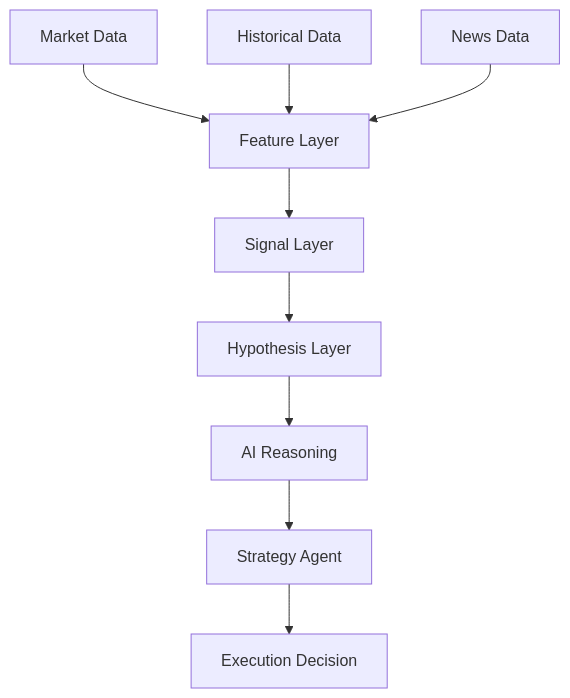
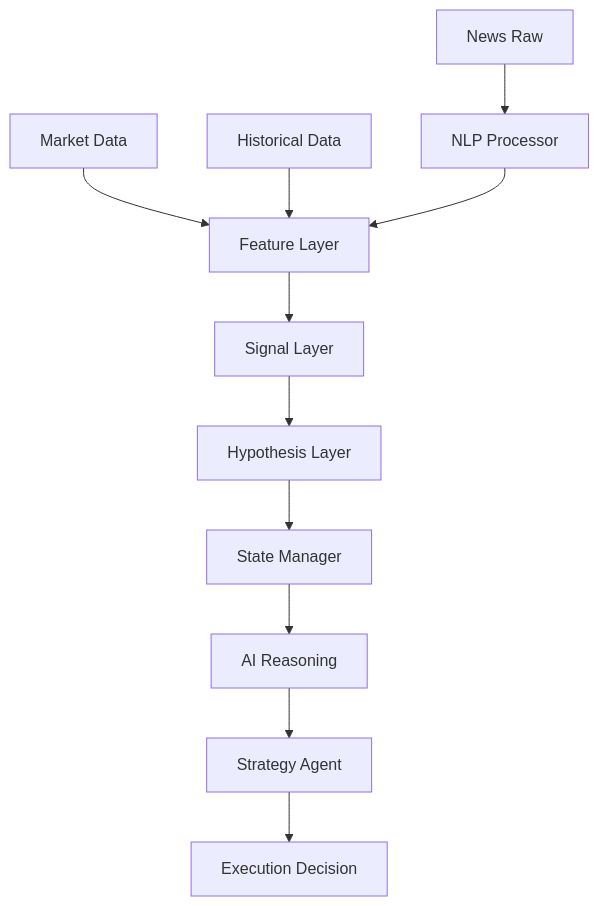
Before and after one commit to Yuqian-He/agentic-trading-workflow: the first of 8 diagrams in README.md, drawn with Mermaid. The commit also changed other lines of this file, not shown here.

````diff
--- a/README.md
+++ b/README.md
@@ -34,11 +34,13 @@
 ```mermaid
 graph TD
     A[Market Data] --> G1[Feature Layer]
     D[Historical Data] --> G1
-    E[News Data] --> G1
+    E[News Raw] --> N1[NLP Processor]
+    N1 --> G1
     G1 --> G2[Signal Layer]
     G2 --> G3[Hypothesis Layer]
-    G3 --> H[AI Reasoning]
+    G3 --> S[State Manager]
+    S --> H[AI Reasoning]
     H --> I[Strategy Agent]
     I --> J[Execution Decision]
 ```
````
